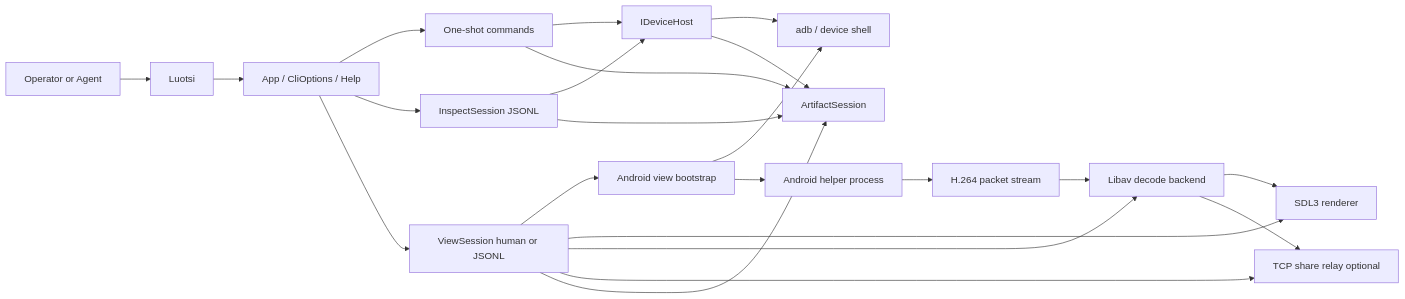
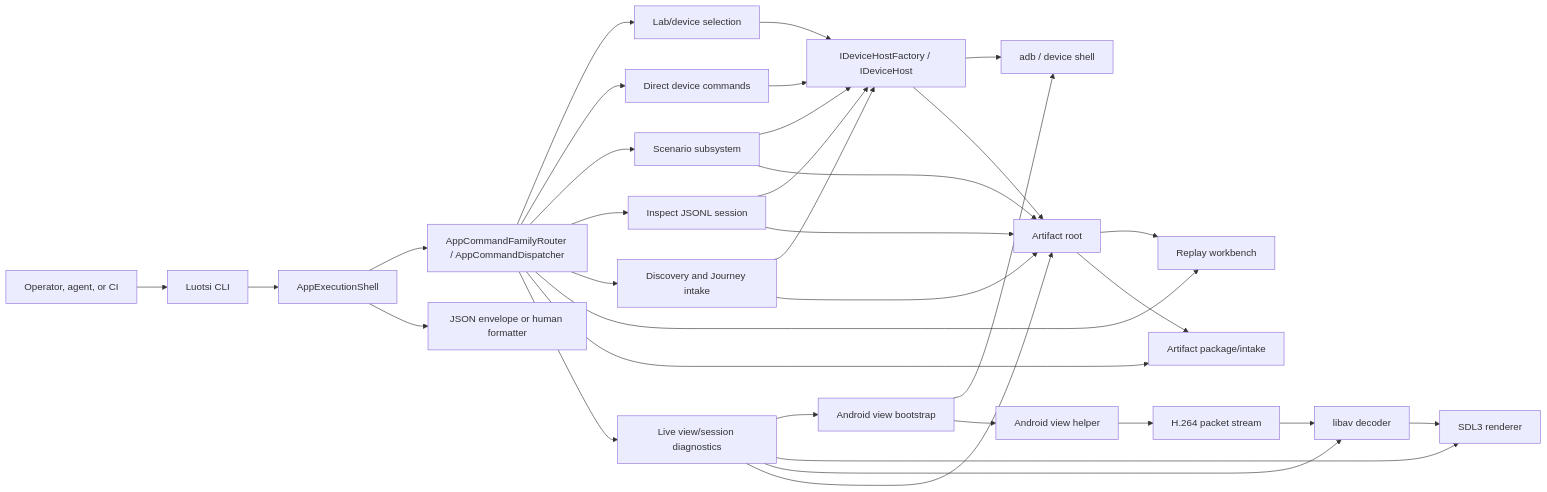
One commit to digablesolutions/luotsi changed the diagram in docs/architecture.md. Above: the diagram before and after it, drawn with Mermaid. The commit also changed other lines of this file and 61 other files, not shown here.

Commit message:
[codex] Refresh architecture subsystem docs (#123)

````diff
--- a/docs/architecture.md
+++ b/docs/architecture.md
@@ -15,27 +25,40 @@
 ```mermaid
 flowchart LR
-  User[Operator or Agent] --> CLI[Luotsi]
-    CLI --> App[App / CliOptions / Help]
-    App --> Commands[One-shot commands]
-    App --> Inspect[InspectSession JSONL]
-    App --> View[ViewSession human or JSONL]
+  User["Operator, agent, or CI"] --> CLI["Luotsi CLI"]
+  CLI --> Shell["AppExecutionShell"]
+  Shell --> Router["AppCommandFamilyRouter / AppCommandDispatcher"]
+  Shell --> Envelope["JSON envelope or human formatter"]
 
-    Commands --> Host[IDeviceHost]
-    Inspect --> Host
-    View --> Bootstrap[Android view bootstrap]
-    View --> Renderer[SDL3 renderer]
-    View --> Backend[Libav decode backend]
-    View --> Share[TCP share relay optional]
+  Router --> Lab["Lab/device selection"]
+  Router --> Direct["Direct device commands"]
+  Router --> Scenarios["Scenario subsystem"]
+  Router --> Inspect["Inspect JSONL session"]
+  Router --> Discovery["Discovery and Journey intake"]
+  Router --> Replay["Replay workbench"]
+  Router --> Artifacts["Artifact package/intake"]
+  Router --> View["Live view/session diagnostics"]
 
-    Host --> Adb[adb / device shell]
-    Bootstrap --> Adb
-    Bootstrap --> Helper[Android helper process]
-    Helper --> Stream[H.264 packet stream]
-    Stream --> Backend
-    Backend --> Renderer
-    Backend --> Share
-    Host --> Artifacts[ArtifactSession]
-    View --> Artifacts
-    Commands --> Artifacts
-    Inspect --> Artifacts
+  Lab --> Host["IDeviceHostFactory / IDeviceHost"]
+  Direct --> Host
+  Scenarios --> Host
+  Inspect --> Host
+  Discovery --> Host
+  View --> Bootstrap["Android view bootstrap"]
+  View --> Renderer["SDL3 renderer"]
+  View --> Decoder["libav decoder"]
+
+  Host --> Adb["adb / device shell"]
+  Bootstrap --> Adb
+  Bootstrap --> Helper["Android view helper"]
+  Helper --> Stream["H.264 packet stream"]
+  Stream --> Decoder
+  Decoder --> Renderer
+
+  Host --> ArtifactRoot["Artifact root"]
+  Scenarios --> ArtifactRoot
+  Inspect --> ArtifactRoot
+  Discovery --> ArtifactRoot
+  View --> ArtifactRoot
+  ArtifactRoot --> Replay
+  ArtifactRoot --> Artifacts
 ```
````
